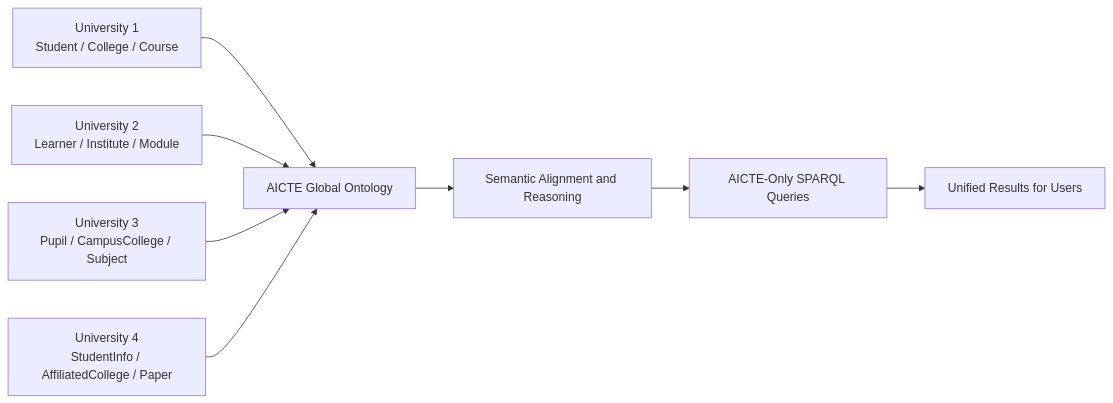
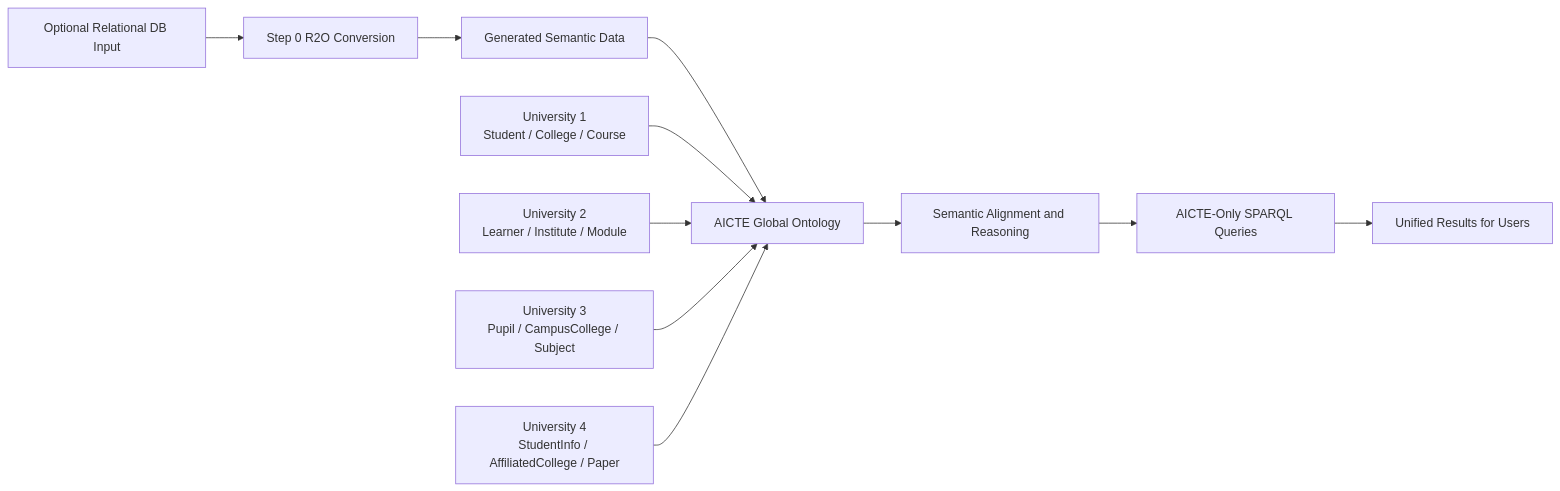
The first of 6 diagrams in docs/semantic-integration/deep-dive.md (ap5967ap/SEMLINK), drawn with Mermaid before and after one commit. The commit also changed other lines of this file and 10 other files, not shown here.

````diff
--- a/docs/semantic-integration/deep-dive.md
+++ b/docs/semantic-integration/deep-dive.md
@@ -19,10 +19,13 @@
 ```mermaid
 flowchart LR
+    RDB["Optional Relational DB Input"] --> R2O["Step 0 R2O Conversion"]
+    R2O --> U0["Generated Semantic Data"]
+    U0 --> G["AICTE Global Ontology"]
     U1["University 1\nStudent / College / Course"] --> G["AICTE Global Ontology"]
     U2["University 2\nLearner / Institute / Module"] --> G
     U3["University 3\nPupil / CampusCollege / Subject"] --> G
     U4["University 4\nStudentInfo / AffiliatedCollege / Paper"] --> G
     G --> R["Semantic Alignment and Reasoning"]
     R --> Q["AICTE-Only SPARQL Queries"]
     Q --> H["Unified Results for Users"]
 ```
````
